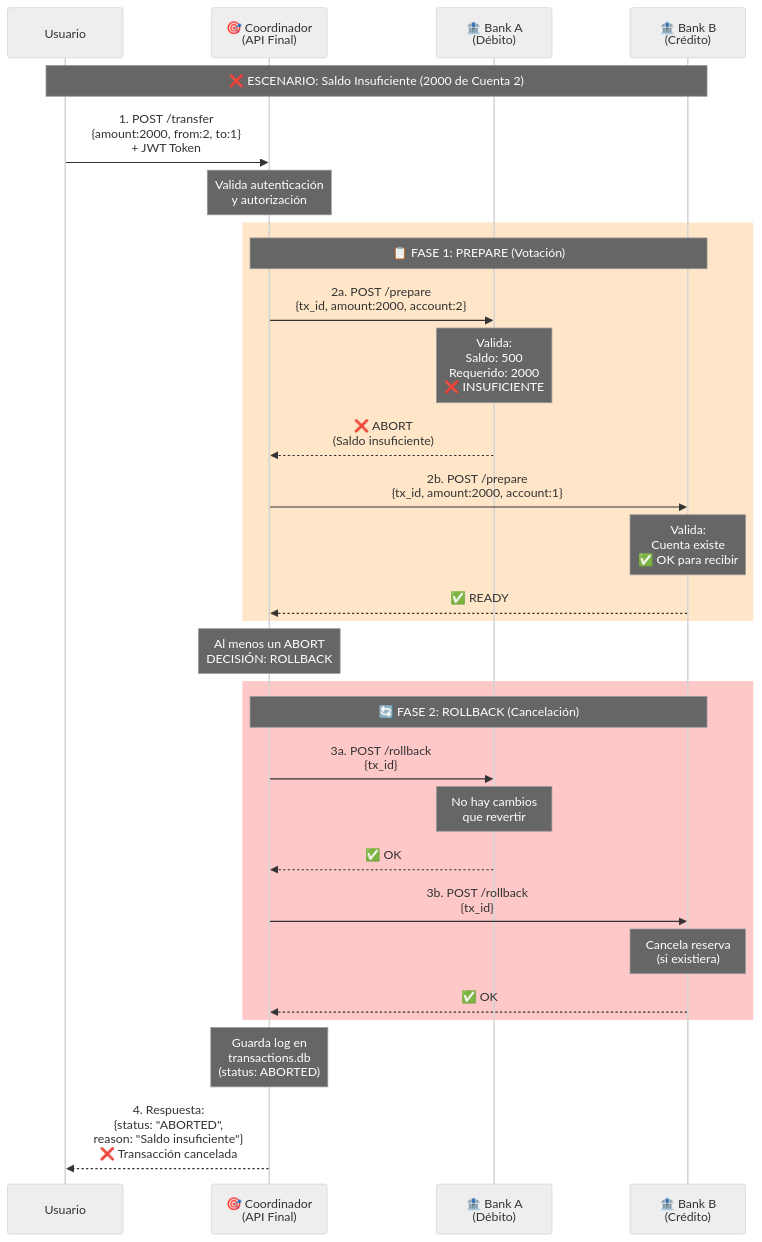
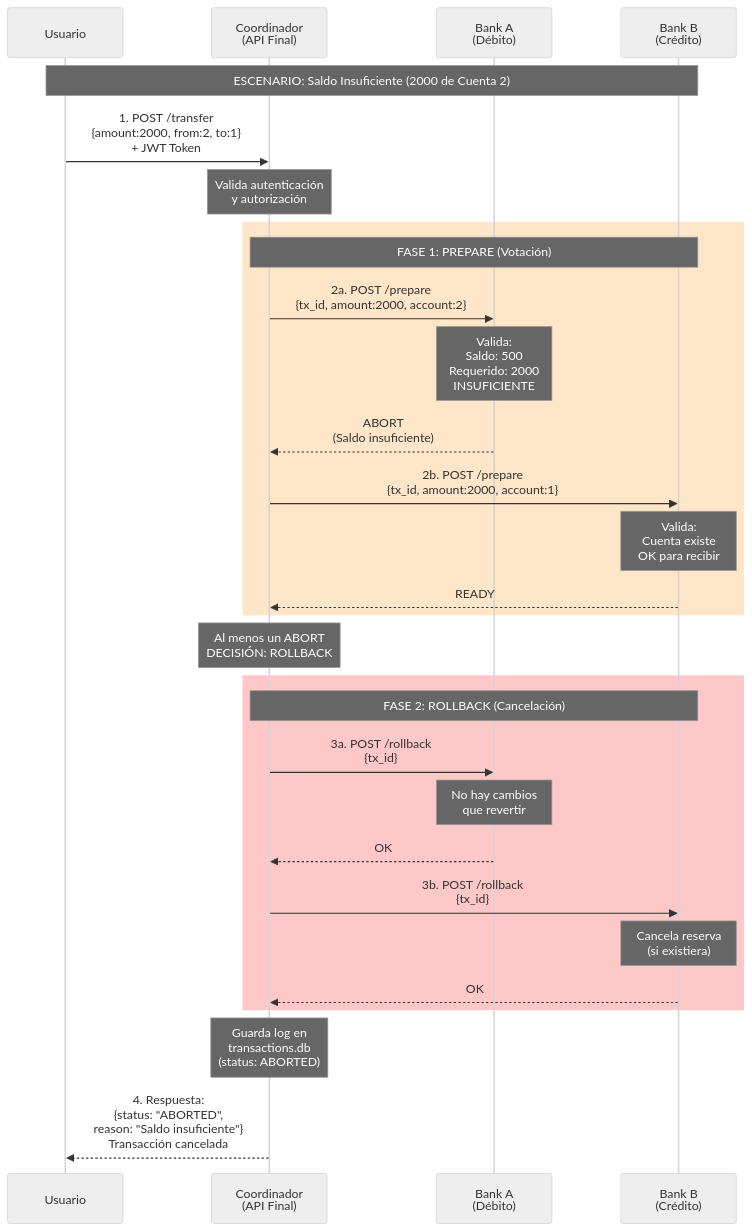
The third of 8 diagrams in README_DOCUMENTACION.md (axlprz/APIv2final), drawn with Mermaid (neutral theme) before and after one commit. The commit also changed other lines of this file, not shown here.

````diff
--- a/README_DOCUMENTACION.md
+++ b/README_DOCUMENTACION.md
@@ -258,43 +258,43 @@
 ```mermaid
 sequenceDiagram
     participant Usuario
-    participant Coordinador as 🎯 Coordinador<br/>(API Final)
-    participant BankA as 🏦 Bank A<br/>(Débito)
-    participant BankB as 🏦 Bank B<br/>(Crédito)
+    participant Coordinador as Coordinador<br/>(API Final)
+    participant BankA as Bank A<br/>(Débito)
+    participant BankB as Bank B<br/>(Crédito)
     
-    Note over Usuario,BankB: ❌ ESCENARIO: Saldo Insuficiente (2000 de Cuenta 2)
+    Note over Usuario,BankB: ESCENARIO: Saldo Insuficiente (2000 de Cuenta 2)
     
     Usuario->>Coordinador: 1. POST /transfer<br/>{amount:2000, from:2, to:1}<br/>+ JWT Token
     
     Note over Coordinador: Valida autenticación<br/>y autorización
     
     rect rgb(255, 230, 200)
-        Note over Coordinador,BankB: 📋 FASE 1: PREPARE (Votación)
+        Note over Coordinador,BankB: FASE 1: PREPARE (Votación)
         
         Coordinador->>BankA: 2a. POST /prepare<br/>{tx_id, amount:2000, account:2}
-        Note over BankA: Valida:<br/>Saldo: 500<br/>Requerido: 2000<br/>❌ INSUFICIENTE
-        BankA-->>Coordinador: ❌ ABORT<br/>(Saldo insuficiente)
+        Note over BankA: Valida:<br/>Saldo: 500<br/>Requerido: 2000<br/> INSUFICIENTE
+        BankA-->>Coordinador: ABORT<br/>(Saldo insuficiente)
         
         Coordinador->>BankB: 2b. POST /prepare<br/>{tx_id, amount:2000, account:1}
-        Note over BankB: Valida:<br/>Cuenta existe<br/>✅ OK para recibir
-        BankB-->>Coordinador: ✅ READY
+        Note over BankB: Valida:<br/>Cuenta existe<br/> OK para recibir
+        BankB-->>Coordinador: READY
     end
     
     Note over Coordinador: Al menos un ABORT<br/>DECISIÓN: ROLLBACK
     
     rect rgb(255, 200, 200)
-        Note over Coordinador,BankB: 🔄 FASE 2: ROLLBACK (Cancelación)
+        Note over Coordinador,BankB: FASE 2: ROLLBACK (Cancelación)
         
         Coordinador->>BankA: 3a. POST /rollback<br/>{tx_id}
         Note over BankA: No hay cambios<br/>que revertir
-        BankA-->>Coordinador: ✅ OK
+        BankA-->>Coordinador: OK
         
         Coordinador->>BankB: 3b. POST /rollback<br/>{tx_id}
         Note over BankB: Cancela reserva<br/>(si existiera)
-        BankB-->>Coordinador: ✅ OK
+        BankB-->>Coordinador: OK
     end
     
     Note over Coordinador: Guarda log en<br/>transactions.db<br/>(status: ABORTED)
     
-    Coordinador-->>Usuario: 4. Respuesta:<br/>{status: "ABORTED",<br/>reason: "Saldo insuficiente"}<br/>❌ Transacción cancelada
+    Coordinador-->>Usuario: 4. Respuesta:<br/>{status: "ABORTED",<br/>reason: "Saldo insuficiente"}<br/> Transacción cancelada
 ```
````
